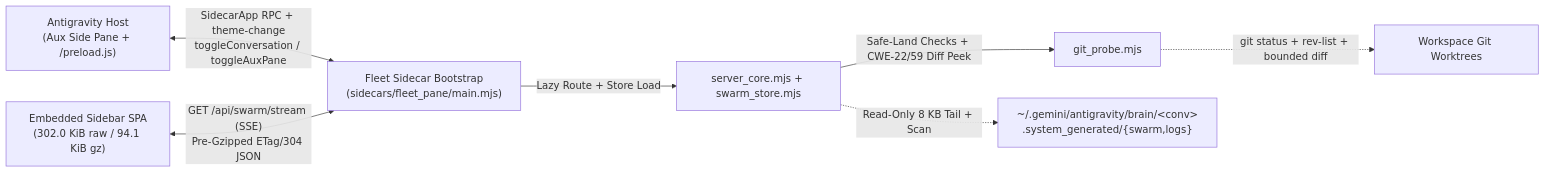
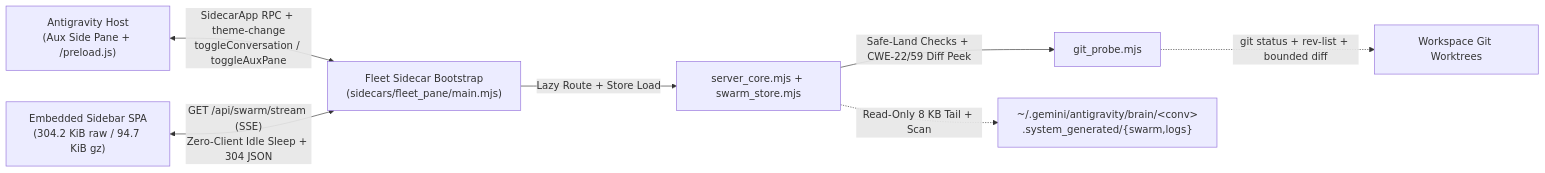
Before and after one commit to cayleb-james2008/dsh-fleet: the diagram in README.md, drawn with Mermaid. The commit also changed other lines of this file and 26 other files, not shown here.

Commit message:
feat(fleet): v1.19.0 zero-client idle sleep and full swarm archive export

````diff
--- a/README.md
+++ b/README.md
@@ -82,9 +82,9 @@
 ```mermaid
 flowchart LR
     Host["Antigravity Host<br/>(Aux Side Pane + /preload.js)"] <-->|"SidecarApp RPC + theme-change<br/>toggleConversation / toggleAuxPane"| Backend["Fleet Sidecar Bootstrap<br/>(sidecars/fleet_pane/main.mjs)"]
-    UI["Embedded Sidebar SPA<br/>(302.0 KiB raw / 94.1 KiB gz)"] <-->|"GET /api/swarm/stream (SSE)<br/>Pre-Gzipped ETag/304 JSON"| Backend
+    UI["Embedded Sidebar SPA<br/>(304.2 KiB raw / 94.7 KiB gz)"] <-->|"GET /api/swarm/stream (SSE)<br/>Zero-Client Idle Sleep + 304 JSON"| Backend
     Backend -->|"Lazy Route + Store Load"| Core["server_core.mjs + swarm_store.mjs"]
     Core -->|"Safe-Land Checks + CWE-22/59 Diff Peek"| Git["git_probe.mjs"]
     Core -.->|"Read-Only 8 KB Tail + Scan"| Brain["~/.gemini/antigravity/brain/&lt;conv&gt;<br/>.system_generated/{swarm,logs}"]
     Git -.->|"git status + rev-list + bounded diff"| WT["Workspace Git Worktrees"]
 ```
````
